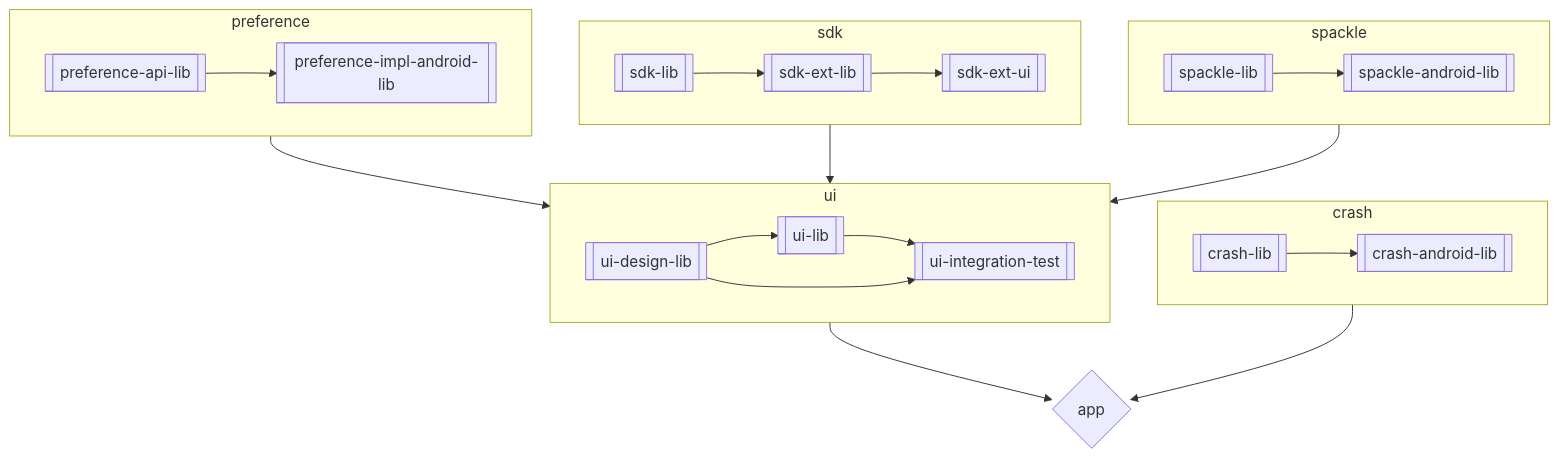
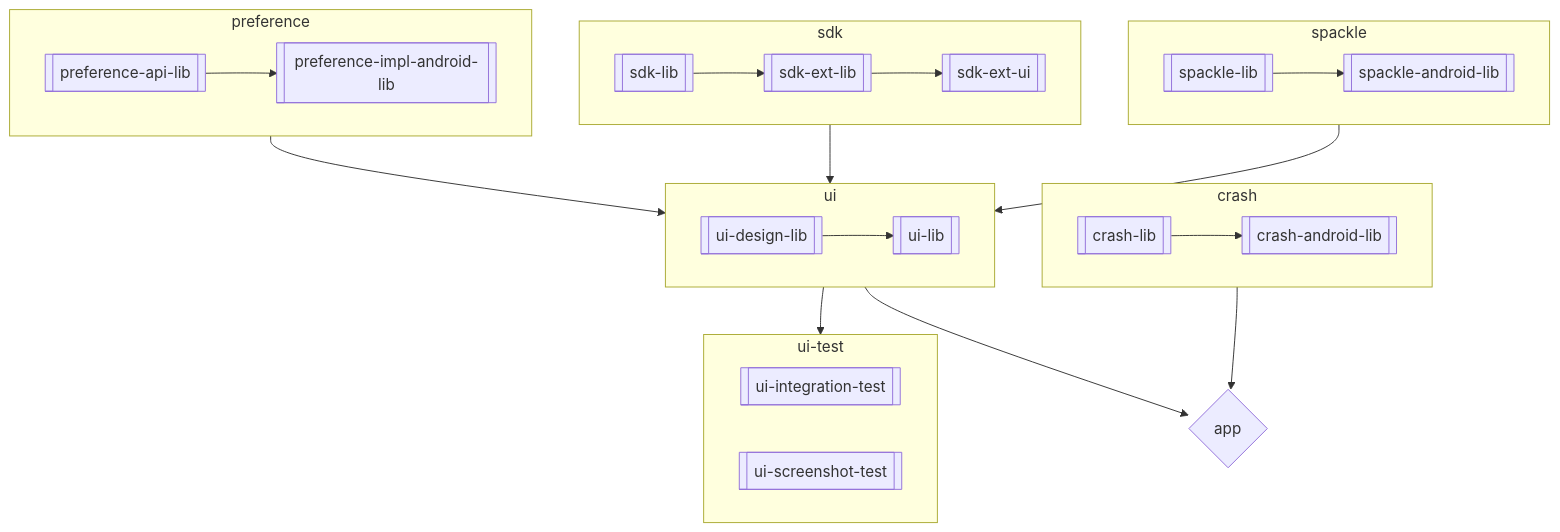
One commit to Electric-Coin-Company/zashi-android changed the diagram in docs/Architecture.md. Above: the diagram before and after it, drawn with Mermaid. The commit also changed other lines of this file and 10 other files, not shown here.

First line of the commit message:
[#598] Refactoring ScreenshotTest to a separate test module

````diff
--- a/docs/Architecture.md
+++ b/docs/Architecture.md
@@ -50,37 +52,39 @@
 ```mermaid
   flowchart TB;
       subgraph sdk
           sdkLib[[sdk-lib]];
           sdkExtLib[[sdk-ext-lib]];
           sdkExtUi[[sdk-ext-ui]];
       end
       sdkLib[[sdk-lib]] --> sdkExtLib[[sdk-ext-lib]] --> sdkExtUi[[sdk-ext-ui]];
       subgraph preference
           preferenceApiLib[[preference-api-lib]];
           preferenceImplAndroidLib[[preference-impl-android-lib]];
       end
       preferenceApiLib[[preference-api-lib]] --> preferenceImplAndroidLib[[preference-impl-android-lib]];
       subgraph crash
           crashLib[[crash-lib]];
           crashAndroidLib[[crash-android-lib]];
       end
       crashLib[[crash-lib]] --> crashAndroidLib[[crash-android-lib]];
       subgraph ui
           uiDesignLib[[ui-design-lib]];
           uiLib[[ui-lib]];
-          uiIntegrationTest[[ui-integration-test]];
       end
       uiDesignLib[[ui-design-lib]] --> uiLib[[ui-lib]];
-      uiLib[[ui-lib]] --> uiIntegrationTest[[ui-integration-test]];
-      uiDesignLib[[ui-design-lib]] --> uiIntegrationTest[[ui-integration-test]];
+      subgraph ui-test
+          uiIntegrationTest[[ui-integration-test]];
+          uiScreenshotTest[[ui-screenshot-test]];
+      end
       subgraph spackle
           spackleLib[[spackle-lib]];
           spackleAndroidLib[[spackle-android-lib]];
       end
       spackleLib[[spackle-lib]] --> spackleAndroidLib[[spackle-android-lib]];
       preference --> ui[[ui]];
       sdk --> ui[[ui]];
       spackle[[spackle]] --> ui[[ui]];
+      ui[[ui]] --> ui-test[[ui-test]]; 
       ui[[ui]] --> app{app};
       crash[[crash]] --> app{app};
 ```
````
